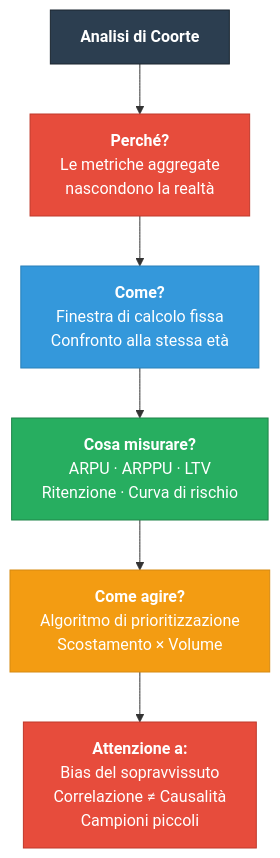
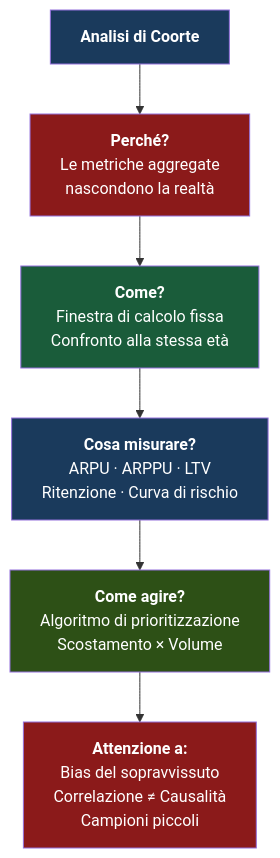
Before and after one commit to AndreyBertasini/gynnitech: diagram 12 of 12 in src/content/corso/analisi-prodotto/analisi-coorte.mdx, drawn with Mermaid. The commit also changed other lines of this file and 21 other files, not shown here.

First line of the commit message:
style: applica color scheme semantico a tutti i diagrammi Mermaid del corso

````diff
--- a/src/content/corso/analisi-prodotto/analisi-coorte.mdx
+++ b/src/content/corso/analisi-prodotto/analisi-coorte.mdx
@@ -401,14 +418,14 @@
 ```mermaid
 graph TD
     START["<b>Analisi di Coorte</b>"] --> WHY["<b>Perché?</b><br/>Le metriche aggregate<br/>nascondono la realtà"]
     WHY --> HOW["<b>Come?</b><br/>Finestra di calcolo fissa<br/>Confronto alla stessa età"]
     HOW --> WHAT["<b>Cosa misurare?</b><br/>ARPU · ARPPU · LTV<br/>Ritenzione · Curva di rischio"]
     WHAT --> ACTION["<b>Come agire?</b><br/>Algoritmo di prioritizzazione<br/>Scostamento × Volume"]
     ACTION --> WARN["<b>Attenzione a:</b><br/>Bias del sopravvissuto<br/>Correlazione ≠ Causalità<br/>Campioni piccoli"]
-    style START fill:#2c3e50,stroke:#1a252f,color:#fff
-    style WHY fill:#e74c3c,stroke:#c0392b,color:#fff
-    style HOW fill:#3498db,stroke:#2980b9,color:#fff
-    style WHAT fill:#27ae60,stroke:#1e8449,color:#fff
-    style ACTION fill:#f39c12,stroke:#d68910,color:#fff
-    style WARN fill:#e74c3c,stroke:#c0392b,color:#fff
+    style START fill:#1a3a5c,color:#ffffff
+    style WHY fill:#8b1a1a,color:#ffffff
+    style HOW fill:#1a5c3a,color:#ffffff
+    style WHAT fill:#1a3a5c,color:#ffffff
+    style ACTION fill:#2d5016,color:#ffffff
+    style WARN fill:#8b1a1a,color:#ffffff
 ```
````
